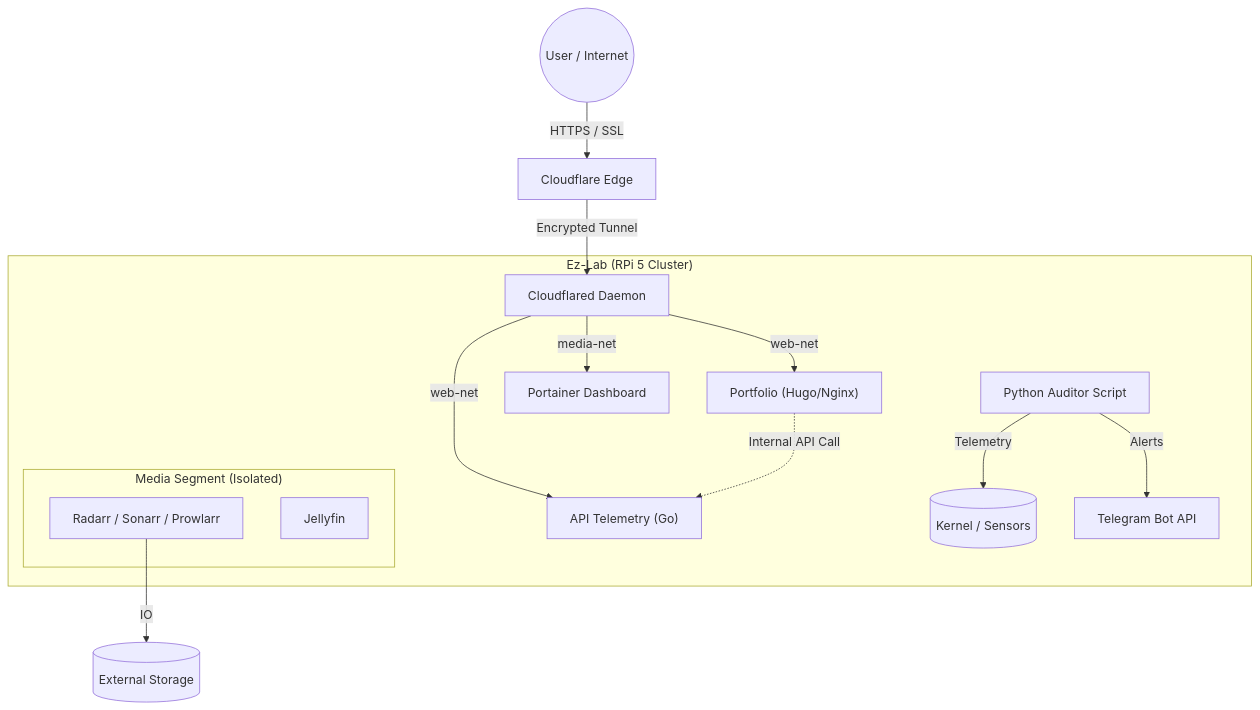
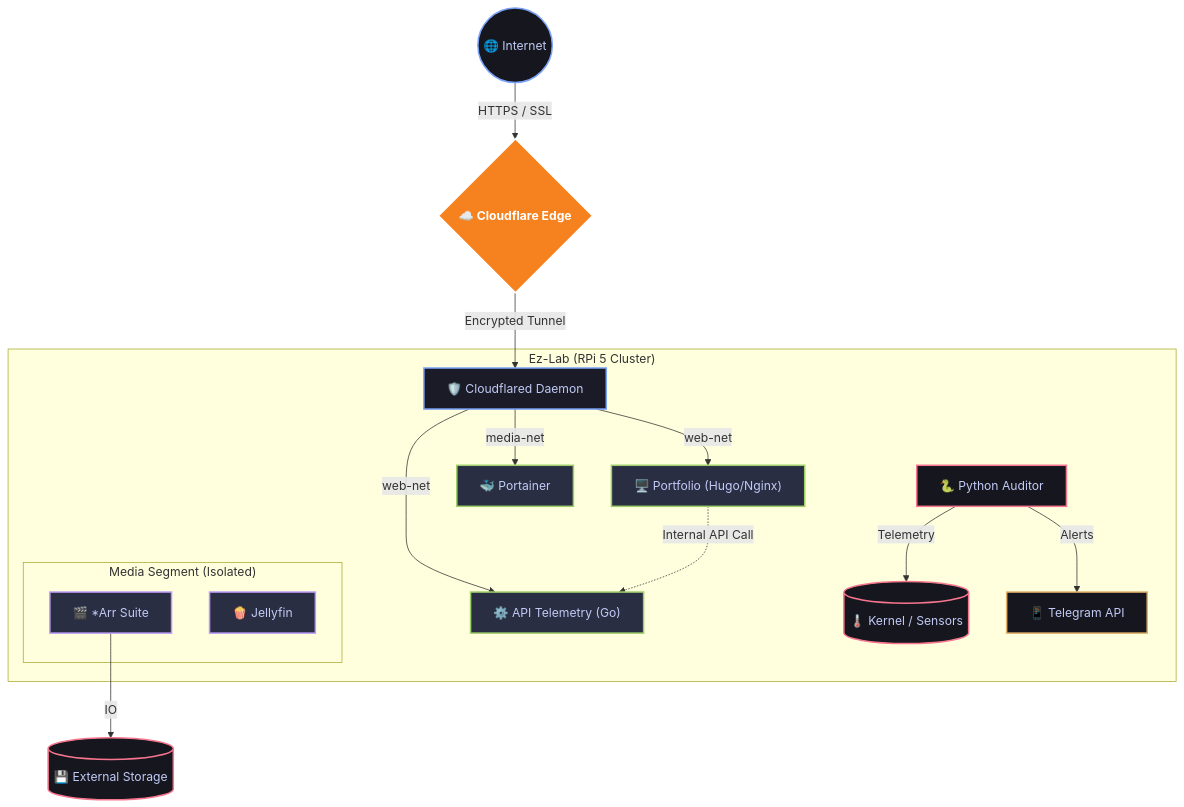
The diagram in README.md (ezequieldlv/ez-lab), drawn with Mermaid before and after one commit. The commit also changed 1 other file, not shown here.

Commit message:
docs: add mermaid infraestructure to README

````diff
--- a/README.md
+++ b/README.md
@@ -18,23 +18,32 @@
 ```mermaid
 graph TD
-    User((User / Internet)) -->|HTTPS / SSL| Cloudflare[Cloudflare Edge]
-    Cloudflare -->|Encrypted Tunnel| Cloudflared[Cloudflared Daemon]
+    %% Custom Colors (SRE Dark Theme)
+    classDef internet fill:#16161e,stroke:#7aa2f7,stroke-width:2px,color:#c0caf5
+    classDef cf fill:#f6821f,stroke:#fff,stroke-width:2px,color:#fff,font-weight:bold
+    classDef daemon fill:#1a1b26,stroke:#7aa2f7,stroke-width:2px,color:#c0caf5
+    classDef app fill:#292e42,stroke:#9ece6a,stroke-width:2px,color:#c0caf5
+    classDef media fill:#292e42,stroke:#bb9af7,stroke-width:2px,color:#c0caf5
+    classDef hw fill:#16161e,stroke:#f7768e,stroke-width:2px,color:#c0caf5
+    classDef alert fill:#16161e,stroke:#e0af68,stroke-width:2px,color:#c0caf5
+
+    User((🌐 Internet)):::internet -->|HTTPS / SSL| Cloudflare{☁️ Cloudflare Edge}:::cf
+    Cloudflare -->|Encrypted Tunnel| Cloudflared[🛡️ Cloudflared Daemon]:::daemon
     
     subgraph "Ez-Lab (RPi 5 Cluster)"
-        Cloudflared -->|web-net| Frontend["Portfolio (Hugo/Nginx)"]
-        Cloudflared -->|web-net| Backend["API Telemetry (Go)"]
-        Cloudflared -->|media-net| Portainer[Portainer Dashboard]
+        Cloudflared -->|web-net| Frontend["🖥️ Portfolio (Hugo/Nginx)"]:::app
+        Cloudflared -->|web-net| Backend["⚙️ API Telemetry (Go)"]:::app
+        Cloudflared -->|media-net| Portainer["🐳 Portainer"]:::app
         
         Frontend -.->|Internal API Call| Backend
         
         subgraph "Media Segment (Isolated)"
-            ArrStack[Radarr / Sonarr / Prowlarr]
-            Jellyfin
+            ArrStack["🎬 *Arr Suite"]:::media
+            Jellyfin["🍿 Jellyfin"]:::media
         end
         
-        Auditor[Python Auditor Script] -->|Telemetry| OS[("Kernel / Sensors")]
-        Auditor -->|Alerts| Telegram[Telegram Bot API]
+        Auditor["🐍 Python Auditor"]:::hw -->|Telemetry| OS[("🌡️ Kernel / Sensors")]:::hw
+        Auditor -->|Alerts| Telegram["📱 Telegram API"]:::alert
     end
     
-    ArrStack -->|IO| HDD[(External Storage)]
+    ArrStack -->|IO| HDD[("💾 External Storage")]:::hw
 ```
````
